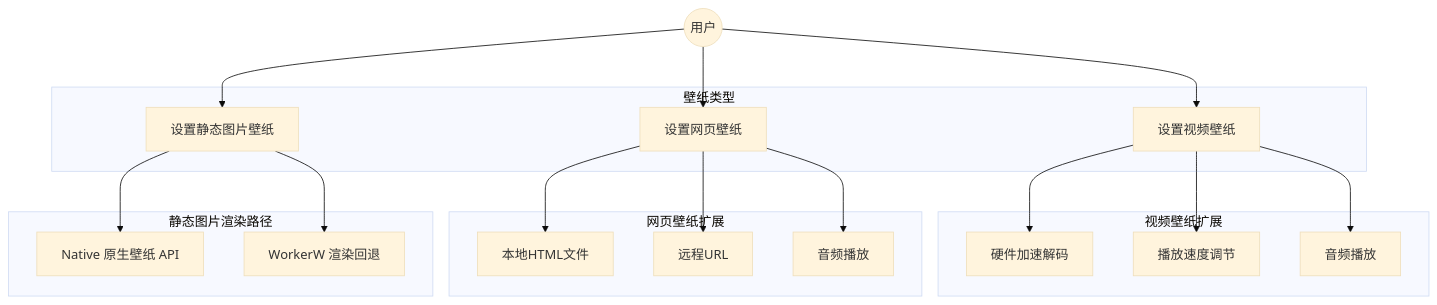
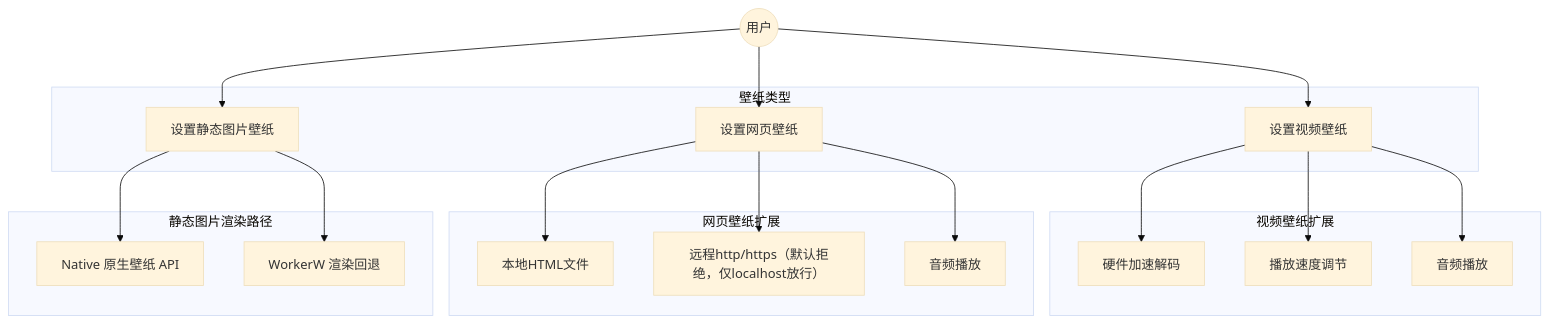
The second of 4 diagrams in docs/01-需求文档/04-用例-Use-Cases.md (Wunseol/mirrorstar-wallpaper), drawn with Mermaid (base theme) before and after one commit. The commit also changed other lines of this file and 42 other files, not shown here.

````diff
--- a/docs/01-需求文档/04-用例-Use-Cases.md
+++ b/docs/01-需求文档/04-用例-Use-Cases.md
@@ -67,40 +76,40 @@
 ```mermaid
 graph TB
     Actor((用户))
 
     subgraph 壁纸类型
         UC001[设置视频壁纸]
         UC002[设置网页壁纸]
         UC008[设置静态图片壁纸]
     end
 
     subgraph 视频壁纸扩展
         UC1a[硬件加速解码]
         UC1b[播放速度调节]
         UC1c[音频播放]
     end
 
     subgraph 网页壁纸扩展
         UC2a[本地HTML文件]
-        UC2b[远程URL]
+        UC2b[远程http/https（默认拒绝，仅localhost放行）]
         UC2c[音频播放]
     end
 
     subgraph 静态图片渲染路径
         UC8a[Native 原生壁纸 API]
         UC8b[WorkerW 渲染回退]
     end
 
     Actor --> UC001
     Actor --> UC002
     Actor --> UC008
 
     UC001 --> UC1a
     UC001 --> UC1b
     UC001 --> UC1c
     UC002 --> UC2a
     UC002 --> UC2b
     UC002 --> UC2c
     UC008 --> UC8a
     UC008 --> UC8b
 ```
````
